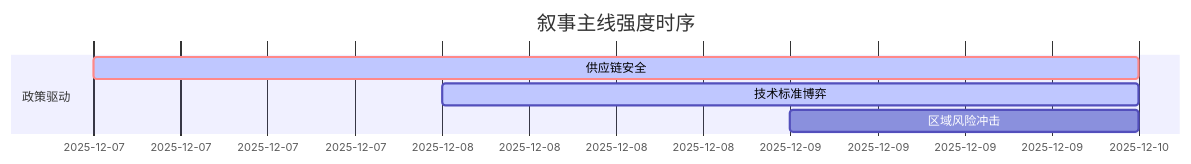
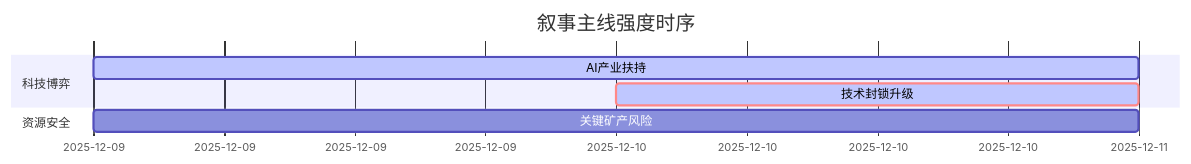
The diagram in README.md (uu5zn/uu5zn.github.io), drawn with Mermaid before and after one commit. The commit also changed other lines of this file and 13 other files, not shown here.

````diff
--- a/README.md
+++ b/README.md
@@ -54,9 +54,11 @@
 ```mermaid
 gantt
     title 叙事主线强度时序
     dateFormat  YYYY-MM-DD
-    section 政策驱动
-    供应链安全   :crit, active, 2025-12-07, 3d
-    技术标准博弈   :active, 2025-12-08, 2d
-    区域风险冲击   :2025-12-09, 1d
+    section 科技博弈
+    AI产业扶持   :active, 2025-12-09, 2d
+    技术封锁升级   :crit, active, 2025-12-10, 1d
+    
+    section 资源安全
+    关键矿产风险   :2025-12-09, 2d
 ```
````
